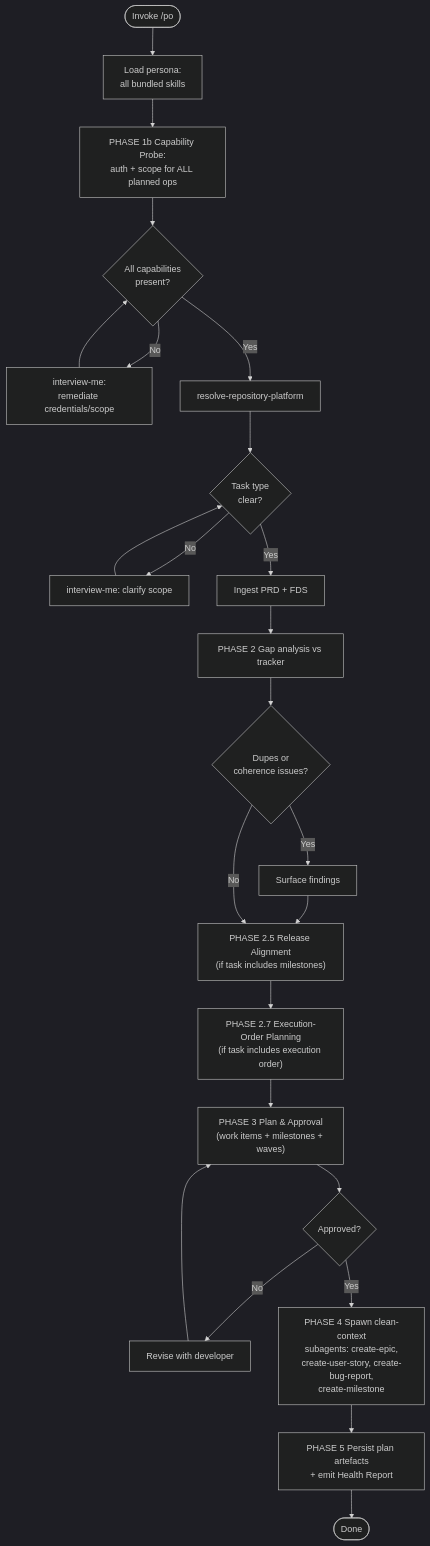
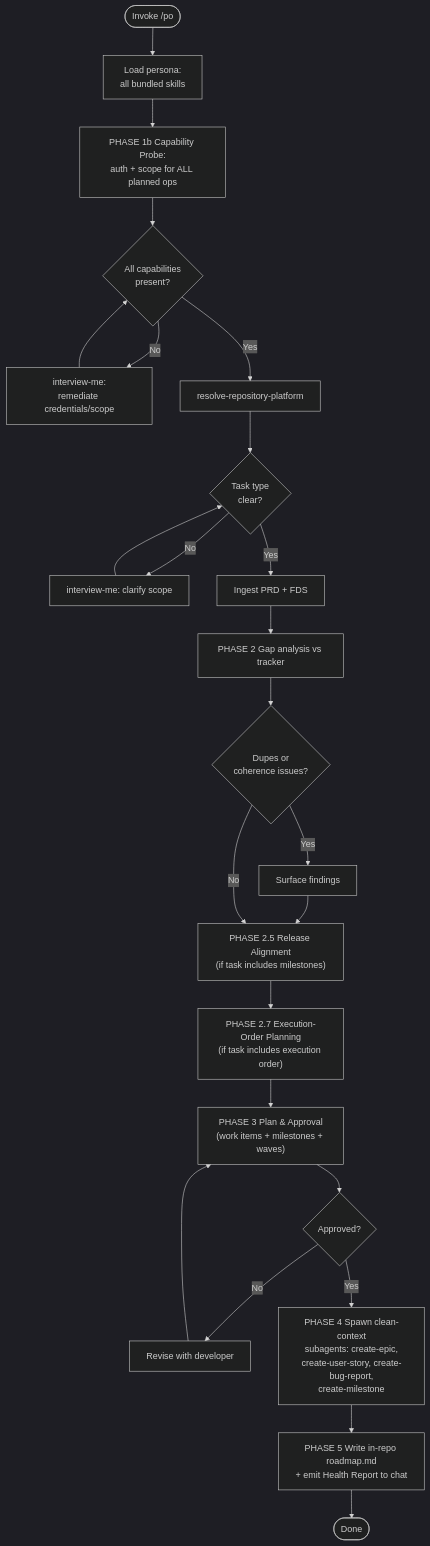
One commit to MegaByteMark/skills-to-pay-the-ai-bills changed the diagram in skills/po/SKILL.md. Above: the diagram before and after it, drawn with Mermaid (dark theme). The commit also changed other lines of this file and 4 other files, not shown here.

First line of the commit message:
feat(po): relocate execution-order plan to in-repo roadmap (ADR-0005)

````diff
--- a/skills/po/SKILL.md
+++ b/skills/po/SKILL.md
@@ -25,26 +25,26 @@
 ```mermaid
 flowchart TD
     START(["Invoke /po <context>"]) --> LOAD["Load persona:<br>all bundled skills"]
     LOAD --> PROBE["PHASE 1b Capability Probe:<br>auth + scope for ALL planned ops"]
     PROBE --> AUTH{All capabilities<br>present?}
     AUTH -->|No| REMEDIATE["interview-me:<br>remediate credentials/scope"]
     REMEDIATE --> AUTH
     AUTH -->|Yes| PLATFORM["resolve-repository-platform"]
     PLATFORM --> TASK{Task type<br>clear?}
     TASK -->|No| CLARIFY["interview-me: clarify scope"]
     CLARIFY --> TASK
     TASK -->|Yes| INGEST["Ingest PRD + FDS"]
     INGEST --> GAP["PHASE 2 Gap analysis vs tracker"]
     GAP --> FIND{Dupes or<br>coherence issues?}
     FIND -->|Yes| SURFACE["Surface findings"]
     SURFACE --> RELEASE["PHASE 2.5 Release Alignment<br>(if task includes milestones)"]
     FIND -->|No| RELEASE
     RELEASE --> ORDER["PHASE 2.7 Execution-Order Planning<br>(if task includes execution order)"]
     ORDER --> PLAN["PHASE 3 Plan & Approval<br>(work items + milestones + waves)"]
     PLAN --> APPROVED{Approved?}
     APPROVED -->|No| REVISE["Revise with developer"]
     REVISE --> PLAN
     APPROVED -->|Yes| SPAWN["PHASE 4 Spawn clean-context<br>subagents: create-epic,<br>create-user-story, create-bug-report,<br>create-milestone"]
-    SPAWN --> PERSIST["PHASE 5 Persist plan artefacts<br>+ emit Health Report"]
+    SPAWN --> PERSIST["PHASE 5 Write in-repo roadmap.md<br>+ emit Health Report to chat"]
     PERSIST --> DONE(["Done"])
 ```
````
